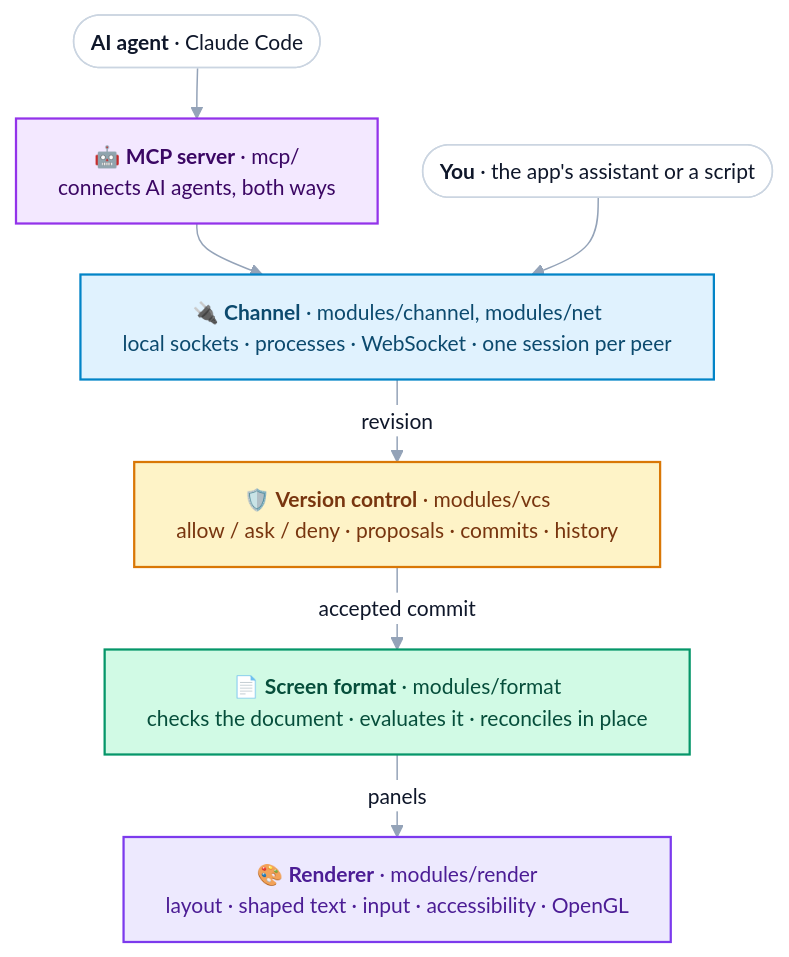
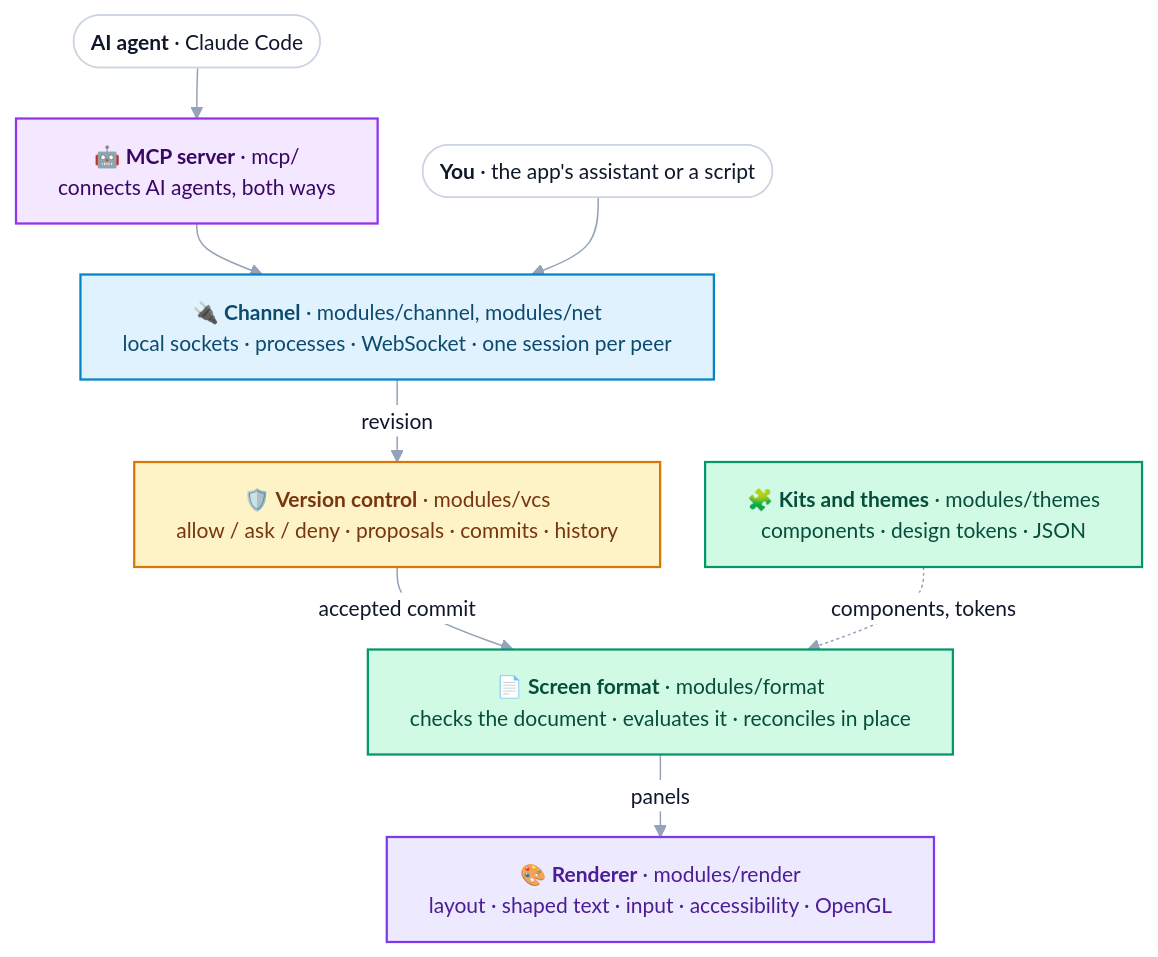
The second of 4 diagrams in README.md (RiccardoSottini/AffrescoUI), drawn with Mermaid before and after one commit. The commit also changed other lines of this file and 948 other files, not shown here.

First line of the commit message:
[cleanup-general-library] AffrescoUI as a browser: apps are folders of files, kits and themes in their own layer, general services (#68)

````diff
--- a/README.md
+++ b/README.md
@@ -126,32 +135,35 @@
 ```mermaid
 %%{init: {"theme": "base", "flowchart": {"nodeSpacing": 30, "rankSpacing": 34, "padding": 14, "wrappingWidth": 400}, "themeVariables": {"fontFamily": "Helvetica, Arial, sans-serif", "fontSize": "14px", "lineColor": "#94A3B8", "primaryTextColor": "#0F172A", "edgeLabelBackground": "#FFFFFF"}}}%%
 flowchart TB
     studio(["<b>You</b> · the app's assistant or a script"])
     agent(["<b>AI agent</b> · Claude Code"])
 
     mcp["🤖 <b>MCP server</b> · mcp/<br/>connects AI agents, both ways"]
     channel["🔌 <b>Channel</b> · modules/channel, modules/net<br/>local sockets · processes · WebSocket · one session per peer"]
     vcs["🛡️ <b>Version control</b> · modules/vcs<br/>allow / ask / deny · proposals · commits · history"]
     format["📄 <b>Screen format</b> · modules/format<br/>checks the document · evaluates it · reconciles in place"]
     render["🎨 <b>Renderer</b> · modules/render<br/>layout · shaped text · input · accessibility · OpenGL"]
+    themes["🧩 <b>Kits and themes</b> · modules/themes<br/>components · design tokens · JSON"]
 
     agent --> mcp
     mcp --> channel
     studio --> channel
     channel -- "revision" --> vcs
     vcs -- "accepted commit" --> format
     format -- "panels" --> render
+    themes -. "components, tokens" .-> format
 
     classDef peer fill:#FFFFFF,stroke:#CBD5E1,color:#0F172A
     classDef c_mcp fill:#F3E8FF,stroke:#9333EA,stroke-width:1.5px,color:#3B0764
     classDef c_channel fill:#E0F2FE,stroke:#0284C7,stroke-width:1.5px,color:#0C4A6E
     classDef c_vcs fill:#FEF3C7,stroke:#D97706,stroke-width:1.5px,color:#78350F
     classDef c_format fill:#D1FAE5,stroke:#059669,stroke-width:1.5px,color:#064E3B
     classDef c_render fill:#EDE9FE,stroke:#7C3AED,stroke-width:1.5px,color:#4C1D95
     class studio,agent peer
     class mcp c_mcp
     class channel c_channel
     class vcs c_vcs
     class format c_format
+    class themes c_format
     class render c_render
 ```
````
